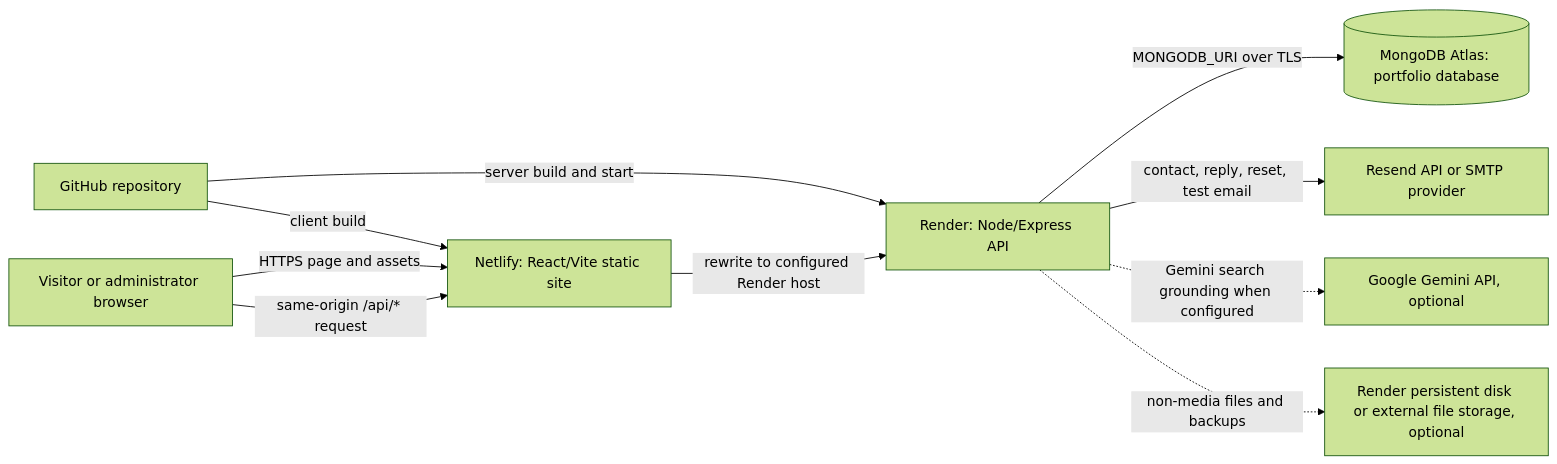
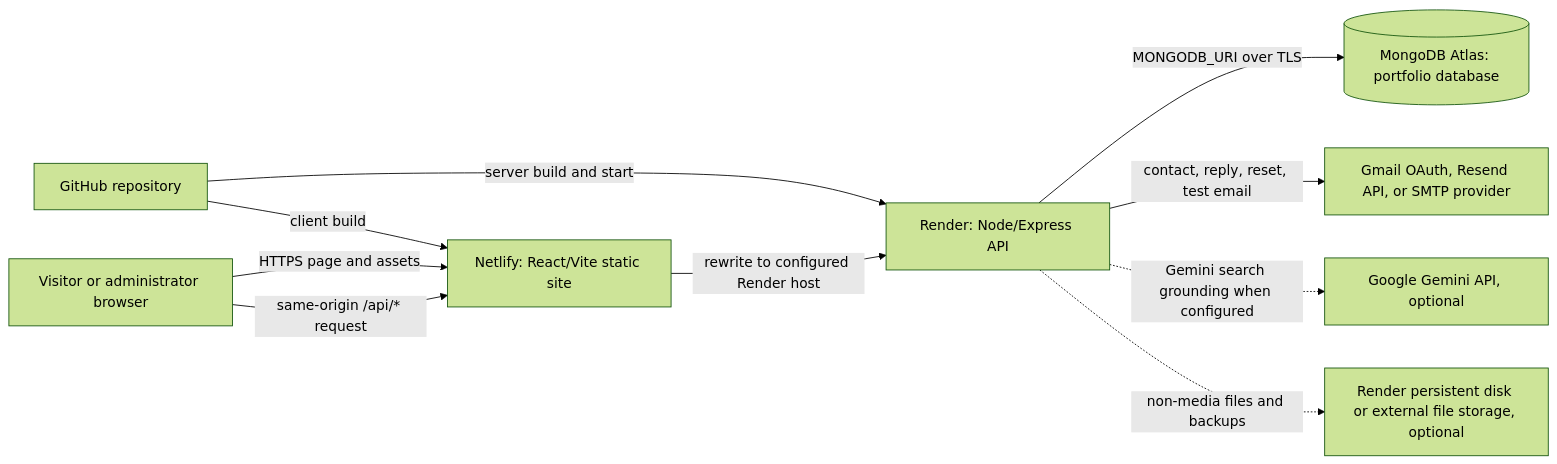
The diagram in docs/deployment/DEPLOYMENT.md (anishjethva18/portfolio), drawn with Mermaid (forest theme) before and after one commit. The commit also changed other lines of this file and 12 other files, not shown here.

````diff
--- a/docs/deployment/DEPLOYMENT.md
+++ b/docs/deployment/DEPLOYMENT.md
@@ -34,21 +34,21 @@
 ```mermaid
 flowchart LR
     Browser[Visitor or administrator browser]
     GH[GitHub repository]
     Netlify[Netlify: React/Vite static site]
     Render[Render: Node/Express API]
     Atlas[(MongoDB Atlas: portfolio database)]
-    Mail[Resend API or SMTP provider]
+    Mail[Gmail OAuth, Resend API, or SMTP provider]
     Gemini[Google Gemini API, optional]
     Disk[Render persistent disk or external file storage, optional]
 
     GH -->|client build| Netlify
     GH -->|server build and start| Render
     Browser -->|HTTPS page and assets| Netlify
     Browser -->|same-origin /api/* request| Netlify
     Netlify -->|rewrite to configured Render host| Render
     Render -->|MONGODB_URI over TLS| Atlas
     Render -->|contact, reply, reset, test email| Mail
     Render -.->|Gemini search grounding when configured| Gemini
     Render -.->|non-media files and backups| Disk
 ```
````
